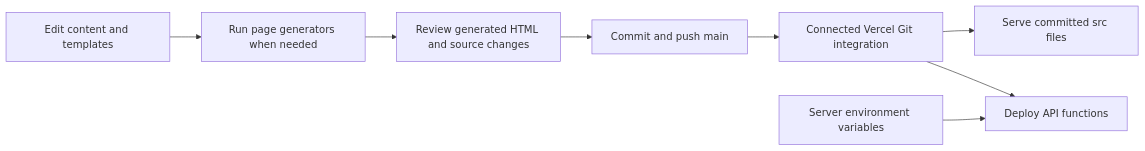
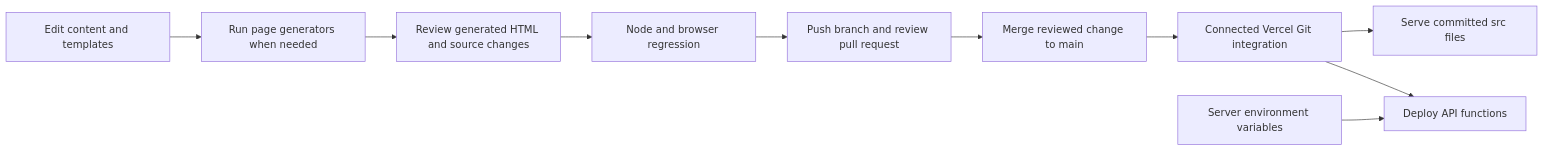
Before and after one commit to akabonge/alo_rag2: the fifth of 5 diagrams in docs/ARCHITECTURE.md, drawn with Mermaid. The commit also changed other lines of this file and 34 other files, not shown here.

````diff
--- a/docs/ARCHITECTURE.md
+++ b/docs/ARCHITECTURE.md
@@ -161,10 +162,12 @@
 ```mermaid
 flowchart LR
     Edit[Edit content and templates] --> Generate[Run page generators when needed]
     Generate --> Review[Review generated HTML and source changes]
-    Review --> Commit[Commit and push main]
+    Review --> Tests[Node and browser regression]
+    Tests --> PR[Push branch and review pull request]
+    PR --> Commit[Merge reviewed change to main]
     Commit --> Integration[Connected Vercel Git integration]
     Integration --> Static[Serve committed src files]
     Integration --> Functions[Deploy API functions]
     Env[Server environment variables] --> Functions
 ```
````
